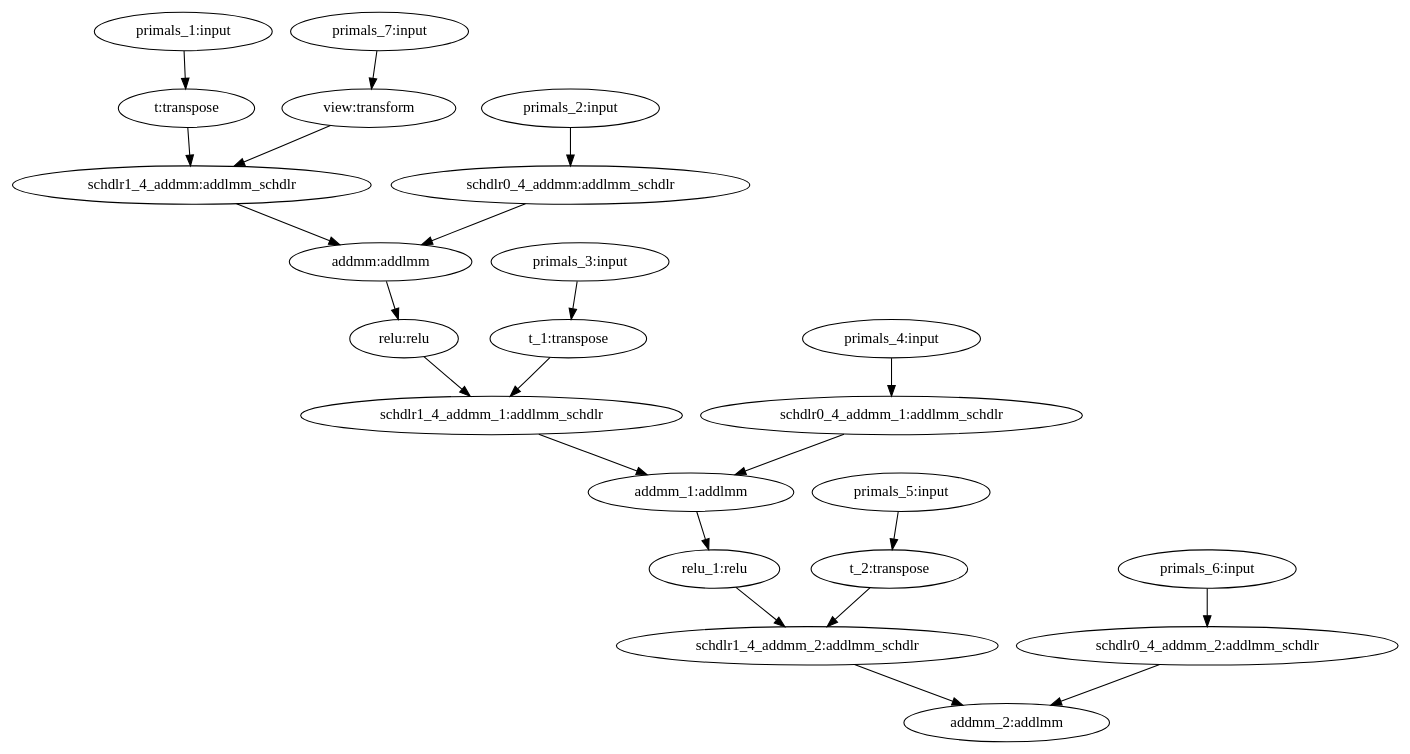
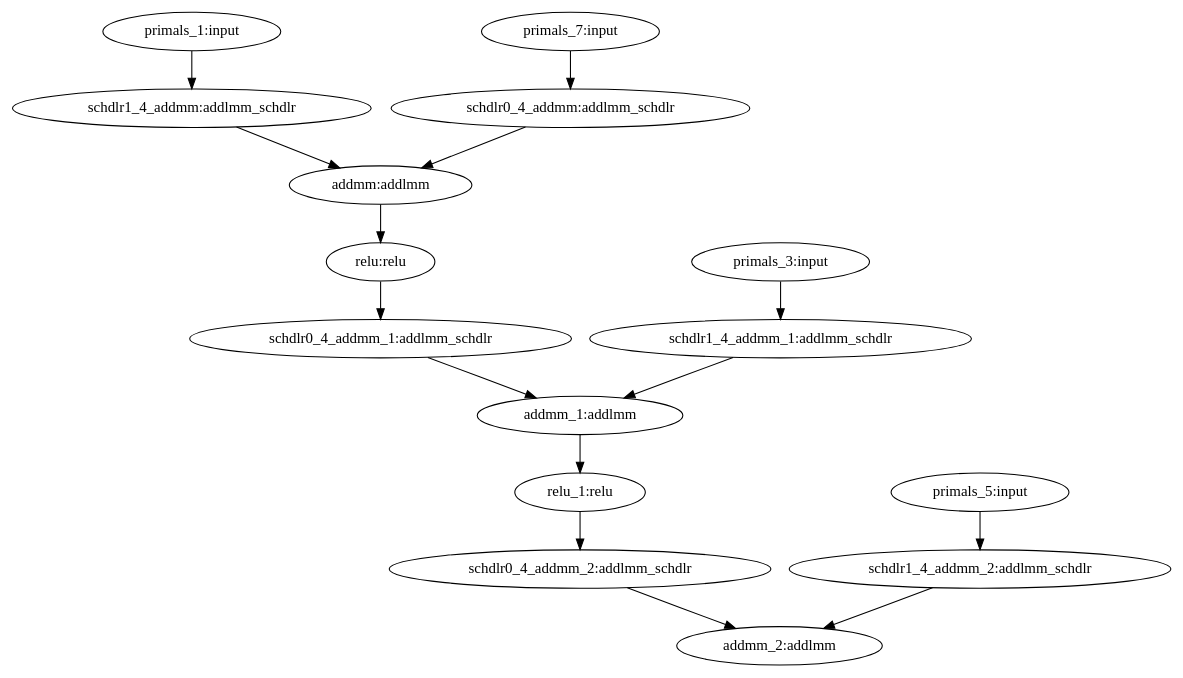
One commit to Jackcuii/GraphAPI-for-Zeonica changed the diagram in Digraph.gv. Above: the diagram before and after it, drawn with Graphviz. The commit also changed 17 other files, not shown here.

```diff
--- a/Digraph.gv
+++ b/Digraph.gv
@@ -1,45 +1,31 @@
 digraph {
 	primals_1 [label="primals_1:input"]
-	primals_2 [label="primals_2:input"]
 	primals_3 [label="primals_3:input"]
-	primals_4 [label="primals_4:input"]
 	primals_5 [label="primals_5:input"]
-	primals_6 [label="primals_6:input"]
 	primals_7 [label="primals_7:input"]
-	view [label="view:transform"]
-	t [label="t:transpose"]
 	addmm [label="addmm:addlmm"]
 	schdlr0_4_addmm [label="schdlr0_4_addmm:addlmm_schdlr"]
 	schdlr1_4_addmm [label="schdlr1_4_addmm:addlmm_schdlr"]
 	relu [label="relu:relu"]
-	t_1 [label="t_1:transpose"]
 	addmm_1 [label="addmm_1:addlmm"]
 	schdlr0_4_addmm_1 [label="schdlr0_4_addmm_1:addlmm_schdlr"]
 	schdlr1_4_addmm_1 [label="schdlr1_4_addmm_1:addlmm_schdlr"]
 	relu_1 [label="relu_1:relu"]
-	t_2 [label="t_2:transpose"]
 	addmm_2 [label="addmm_2:addlmm"]
 	schdlr0_4_addmm_2 [label="schdlr0_4_addmm_2:addlmm_schdlr"]
 	schdlr1_4_addmm_2 [label="schdlr1_4_addmm_2:addlmm_schdlr"]
-	primals_1 -> t
-	primals_2 -> schdlr0_4_addmm
-	primals_3 -> t_1
-	primals_4 -> schdlr0_4_addmm_1
-	primals_5 -> t_2
-	primals_6 -> schdlr0_4_addmm_2
-	primals_7 -> view
-	view -> schdlr1_4_addmm
-	t -> schdlr1_4_addmm
+	primals_1 -> schdlr1_4_addmm
+	primals_3 -> schdlr1_4_addmm_1
+	primals_5 -> schdlr1_4_addmm_2
+	primals_7 -> schdlr0_4_addmm
 	addmm -> relu
 	schdlr0_4_addmm -> addmm
 	schdlr1_4_addmm -> addmm
-	relu -> schdlr1_4_addmm_1
-	t_1 -> schdlr1_4_addmm_1
+	relu -> schdlr0_4_addmm_1
 	addmm_1 -> relu_1
 	schdlr0_4_addmm_1 -> addmm_1
 	schdlr1_4_addmm_1 -> addmm_1
-	relu_1 -> schdlr1_4_addmm_2
-	t_2 -> schdlr1_4_addmm_2
+	relu_1 -> schdlr0_4_addmm_2
 	schdlr0_4_addmm_2 -> addmm_2
 	schdlr1_4_addmm_2 -> addmm_2
 }
```
